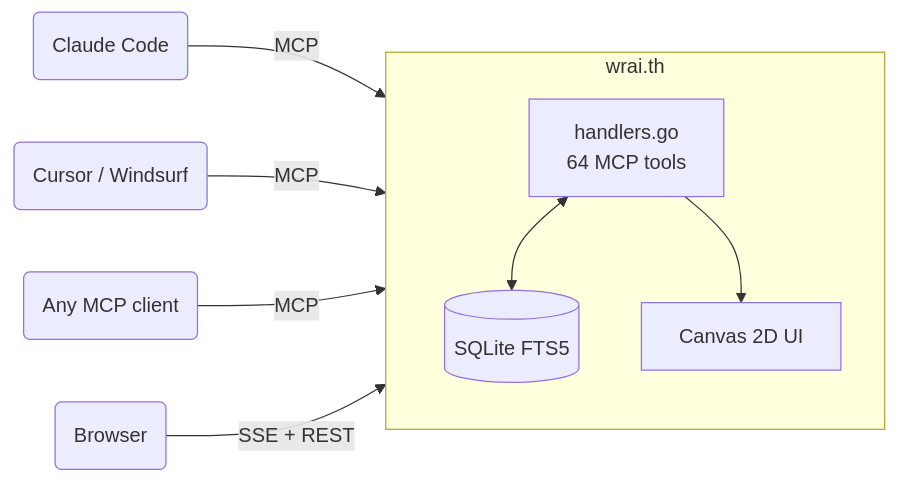
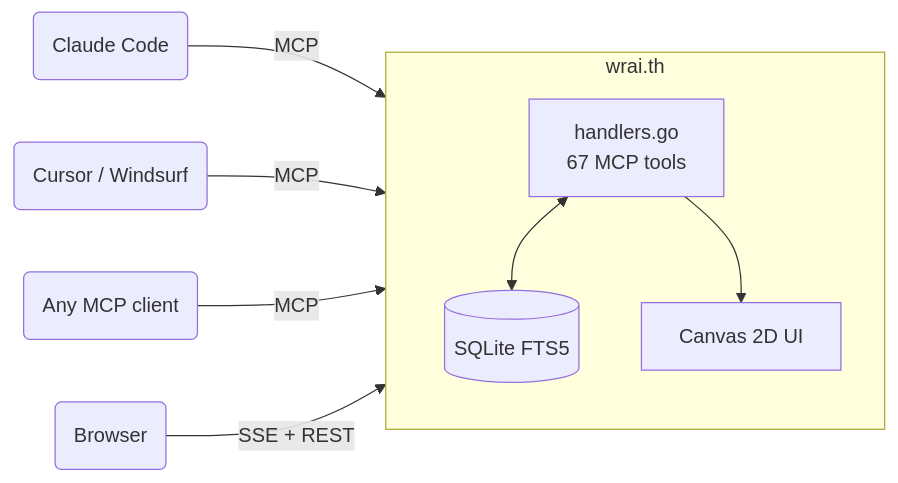
Before and after one commit to Synergix-lab/WRAI.TH: the diagram in README.md, drawn with Mermaid. The commit also changed other lines of this file and 6 other files, not shown here.

````diff
--- a/README.md
+++ b/README.md
@@ -1019,15 +1036,15 @@
 ```mermaid
 flowchart LR
     A1(Claude Code) -->|MCP| R
     A2(Cursor / Windsurf) -->|MCP| R
     A3(Any MCP client) -->|MCP| R
     B(Browser) -->|SSE + REST| R
 
     subgraph R[wrai.th]
-        H[handlers.go<br>64 MCP tools]
+        H[handlers.go<br>67 MCP tools]
         DB[(SQLite FTS5)]
         UI[Canvas 2D UI]
         H <--> DB
         H --> UI
     end
 ```
````
